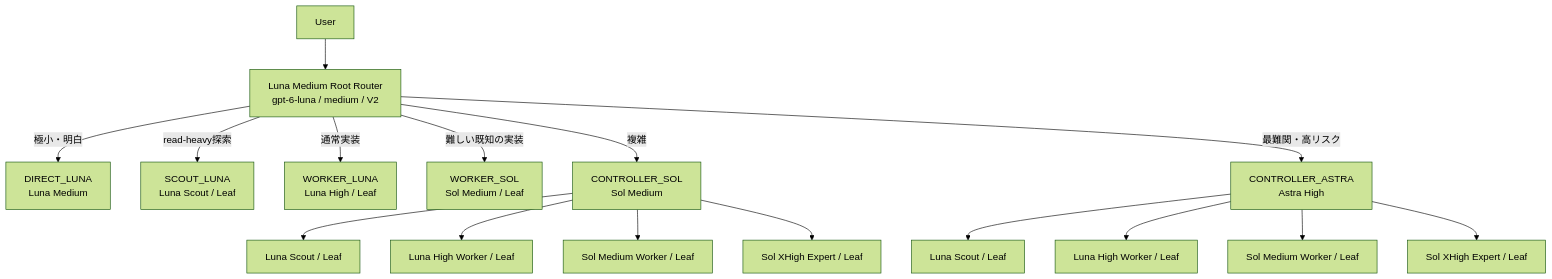
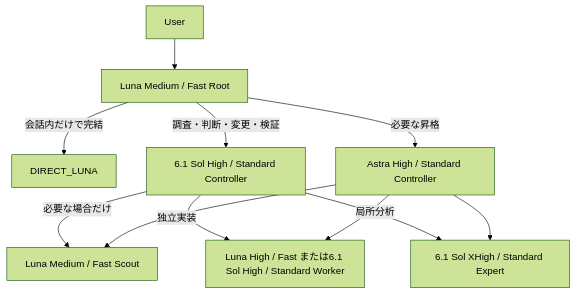
One commit to ten9miq/codex-multi-agent-orchestrator changed the diagram in docs/ARCHITECTURE.md. Above: the diagram before and after it, drawn with Mermaid (forest theme). The commit also changed other lines of this file and 27 other files, not shown here.

Commit message:
Route work to GPT-6.1 Sol and enable Fast for Luna agents

````diff
--- a/docs/ARCHITECTURE.md
+++ b/docs/ARCHITECTURE.md
@@ -21,21 +7,13 @@
 ```mermaid
 flowchart TD
-    U["User"] --> R["Luna Medium Root Router<br/>gpt-6-luna / medium / V2"]
-
-    R -->|"極小・明白"| D["DIRECT_LUNA<br/>Luna Medium"]
-    R -->|"read-heavy探索"| S["SCOUT_LUNA<br/>Luna Scout / Leaf"]
-    R -->|"通常実装"| W["WORKER_LUNA<br/>Luna High / Leaf"]
-    R -->|"難しい既知の実装"| SW["WORKER_SOL<br/>Sol Medium / Leaf"]
-    R -->|"複雑"| C["CONTROLLER_SOL<br/>Sol Medium"]
-    R -->|"最難関・高リスク"| A["CONTROLLER_ASTRA<br/>Astra High"]
-
-    C --> CS["Luna Scout / Leaf"]
-    C --> CW["Luna High Worker / Leaf"]
-    C --> SCW["Sol Medium Worker / Leaf"]
-    C --> CE["Sol XHigh Expert / Leaf"]
-
-    A --> AS["Luna Scout / Leaf"]
-    A --> AW["Luna High Worker / Leaf"]
-    A --> ASW["Sol Medium Worker / Leaf"]
-    A --> AE["Sol XHigh Expert / Leaf"]
+    U[User] --> R["Luna Medium / Fast Root"]
+    R -->|"会話内だけで完結"| D[DIRECT_LUNA]
+    R -->|"調査・判断・変更・検証"| C["6.1 Sol High / Standard Controller"]
+    R -->|"必要な昇格"| A["Astra High / Standard Controller"]
+    C -->|"必要な場合だけ"| S["Luna Medium / Fast Scout"]
+    C -->|"独立実装"| W["Luna High / Fast または6.1 Sol High / Standard Worker"]
+    C -->|"局所分析"| E["6.1 Sol XHigh / Standard Expert"]
+    A --> S
+    A --> W
+    A --> E
 ```
````
